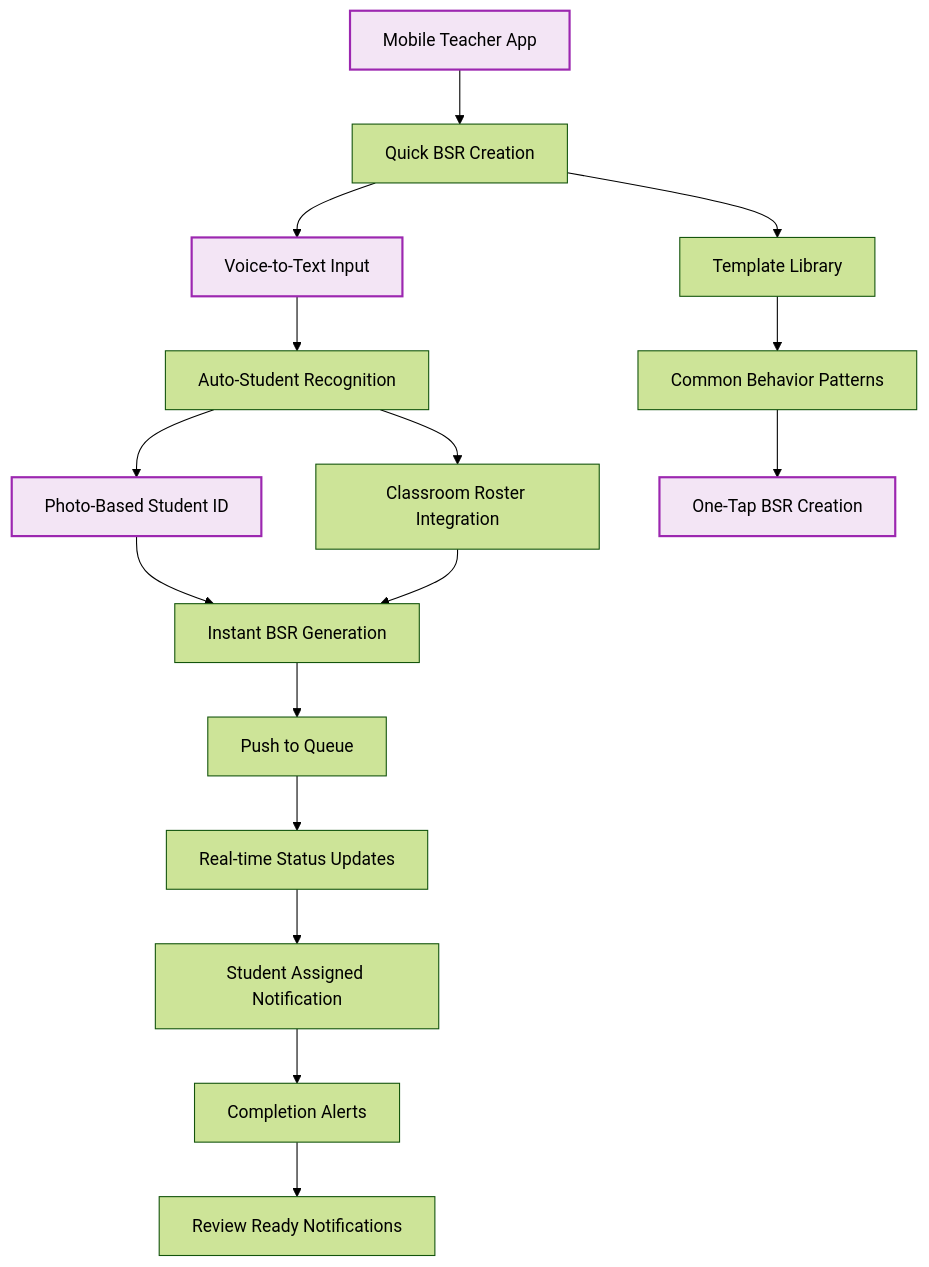
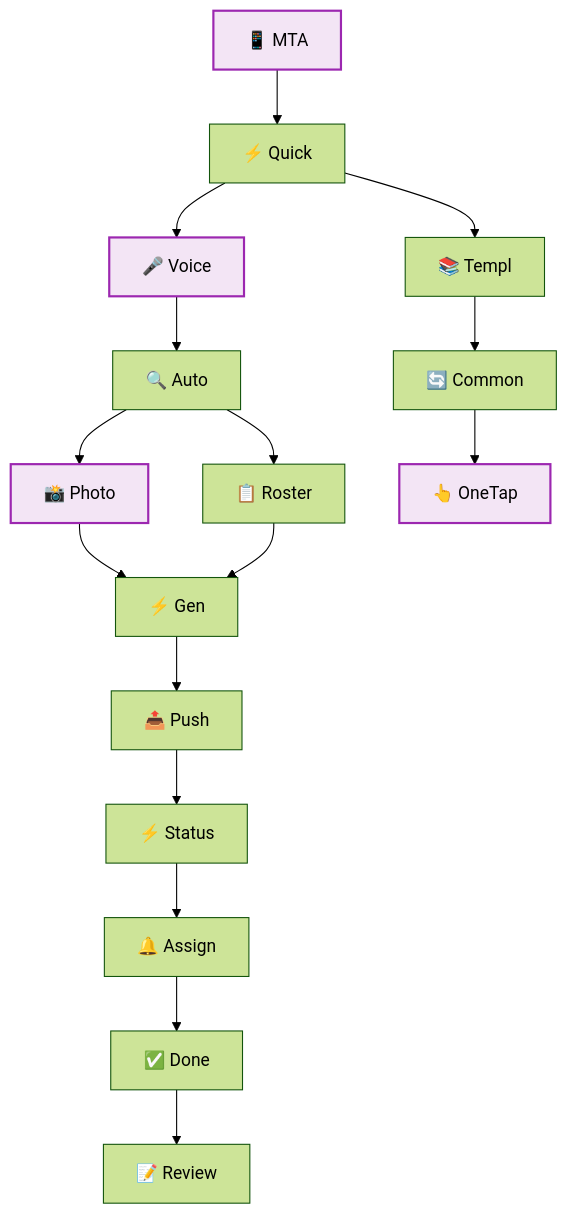
The fourth of 4 diagrams in docs/flowcharts/Future-Vision/09-scalable-single-school-architecture.md (Splurfa/bx-os), drawn with Mermaid (forest theme) before and after one commit. The commit also changed other lines of this file and 4 other files, not shown here.

Commit message:
Fix all flowchart text cutoff

````diff
--- a/docs/flowcharts/Future-Vision/09-scalable-single-school-architecture.md
+++ b/docs/flowcharts/Future-Vision/09-scalable-single-school-architecture.md
@@ -100,28 +149,28 @@
 ```mermaid
 flowchart TD
-    A[Mobile Teacher App] --> B[Quick BSR Creation]
-    B --> C[Voice-to-Text Input]
-    C --> D[Auto-Student Recognition]
+    A[📱 MTA] --> B[⚡ Quick]
+    B --> C[🎤 Voice]
+    C --> D[🔍 Auto]
     
-    D --> E[Photo-Based Student ID]
-    D --> F[Classroom Roster Integration]
+    D --> E[📸 Photo]
+    D --> F[📋 Roster]
     
-    E --> G[Instant BSR Generation]
+    E --> G[⚡ Gen]
     F --> G
     
-    G --> H[Push to Queue]
-    H --> I[Real-time Status Updates]
+    G --> H[📤 Push]
+    H --> I[⚡ Status]
     
-    I --> J[Student Assigned Notification]
-    J --> K[Completion Alerts]
-    K --> L[Review Ready Notifications]
+    I --> J[🔔 Assign]
+    J --> K[✅ Done]
+    K --> L[📝 Review]
     
-    B --> M[Template Library]
-    M --> N[Common Behavior Patterns]
-    N --> O[One-Tap BSR Creation]
+    B --> M[📚 Templ]
+    M --> N[🔄 Common]
+    N --> O[👆 OneTap]
     
     style A fill:#f3e5f5,stroke:#9c27b0,stroke-width:2px
     style C fill:#f3e5f5,stroke:#9c27b0,stroke-width:2px
     style E fill:#f3e5f5,stroke:#9c27b0,stroke-width:2px
     style O fill:#f3e5f5,stroke:#9c27b0,stroke-width:2px
 ```
````
